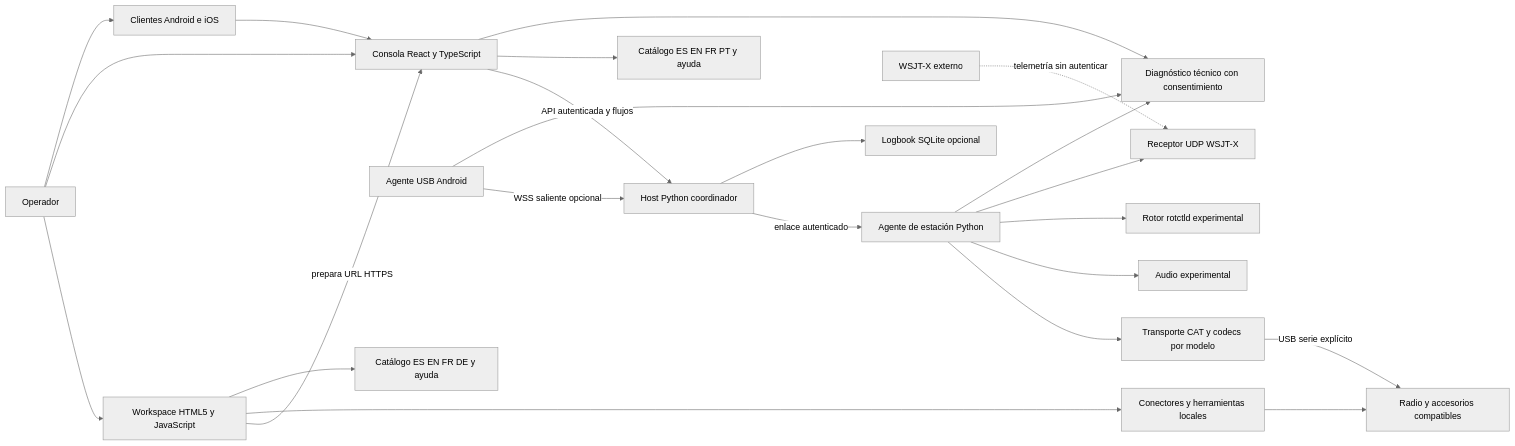
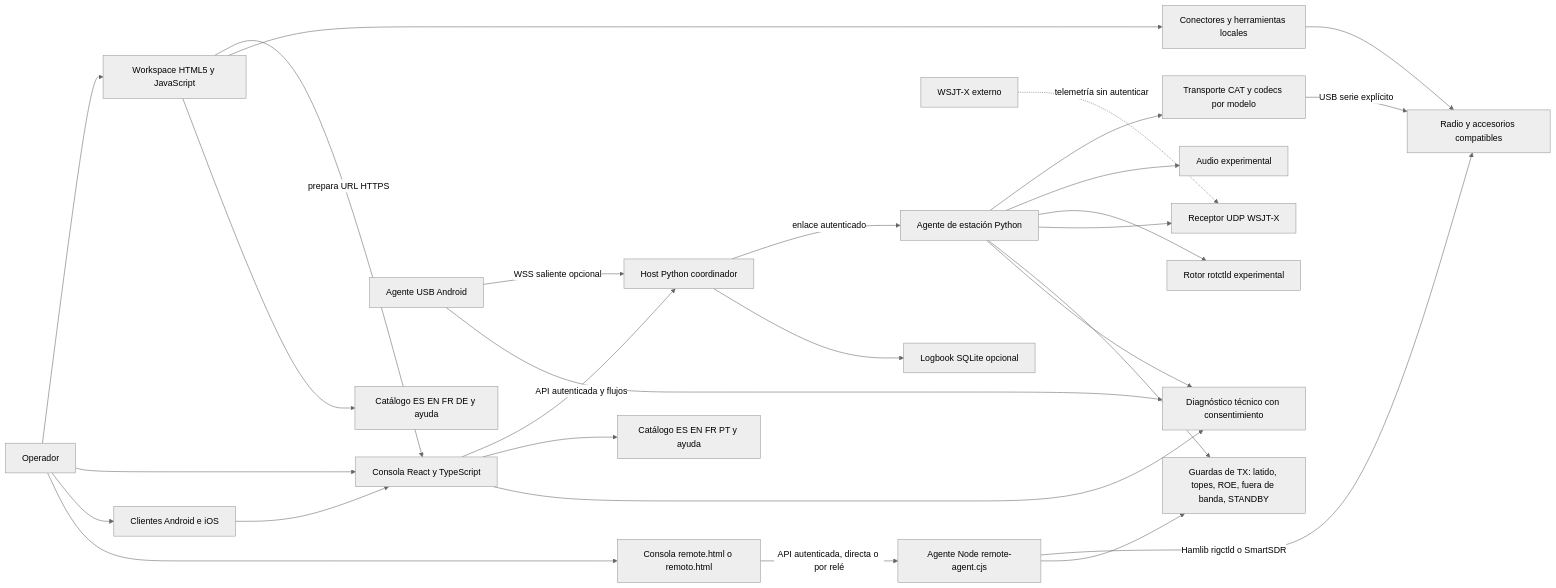
Before and after one commit to Brico-Hams/Radio-Web-install: the first of 2 diagrams in docs/MAPA-TECNICO-PROYECTO.md, drawn with Mermaid (neutral theme). The commit also changed other lines of this file and 15 other files, not shown here.

````diff
--- a/docs/MAPA-TECNICO-PROYECTO.md
+++ b/docs/MAPA-TECNICO-PROYECTO.md
@@ -10,25 +10,30 @@
 ```mermaid
 flowchart LR
     U[Operador] --> W[Workspace HTML5 y JavaScript]
     U --> C[Consola React y TypeScript]
     U --> M[Clientes Android e iOS]
     W -->|prepara URL HTTPS| C
     M --> C
     C -->|API autenticada y flujos| H[Host Python coordinador]
     H -->|enlace autenticado| A[Agente de estación Python]
     AA[Agente USB Android] -->|WSS saliente opcional| H
     A --> CAT[Transporte CAT y codecs por modelo]
     CAT -->|USB serie explícito| R[Radio y accesorios compatibles]
     A --> AU[Audio experimental]
     A --> RO[Rotor rotctld experimental]
     A --> WS[Receptor UDP WSJT-X]
     EXT[WSJT-X externo] -.->|telemetría sin autenticar| WS
+    U --> RSH[Consola remote.html o remoto.html]
+    RSH -->|API autenticada, directa o por relé| N[Agente Node remote-agent.cjs]
+    N -->|Hamlib rigctld o SmartSDR| R
+    N --> TXG[Guardas de TX: latido, topes, ROE, fuera de banda, STANDBY]
+    A --> TXG
     H --> DB[Logbook SQLite opcional]
     W --> LOCAL[Conectores y herramientas locales]
     LOCAL --> R
     C --> LANG[Catálogo ES EN FR PT y ayuda]
     W --> LANGW[Catálogo ES EN FR DE y ayuda]
     C --> DIAG[Diagnóstico técnico con consentimiento]
     A --> DIAG
     AA --> DIAG
 ```
````
